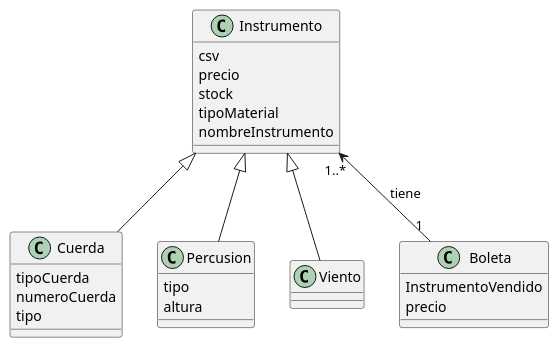
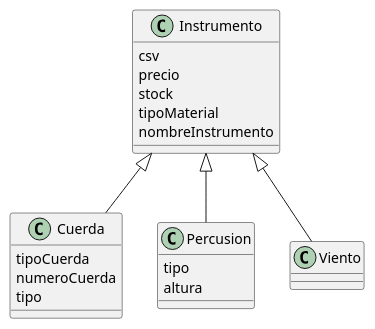
The diagram in Taller03/src/ModeloDelDominio.puml (MauricioAchc/Taller03), drawn with PlantUML before and after one commit. The commit also changed 12 other files, not shown here.

```diff
--- a/Taller03/src/ModeloDelDominio.puml
+++ b/Taller03/src/ModeloDelDominio.puml
@@ -1,40 +1,33 @@
 @startuml
 'https://plantuml.com/sequence-diagram
 
 
 Class Instrumento{
 csv
 precio
 stock
 tipoMaterial
 nombreInstrumento
 }
 
 class Cuerda{
 tipoCuerda
 numeroCuerda
 tipo
 }
 
 
 class Percusion{
 tipo
 altura
 }
 
 class Viento{
 
 }
 
-class Boleta{
-InstrumentoVendido
-precio
-}
-
 Instrumento  <|-- Cuerda
 Instrumento  <|-- Percusion
 Instrumento  <|-- Viento
-Instrumento "1..*" <-- "1" Boleta : tiene
-
 
 @enduml
```
